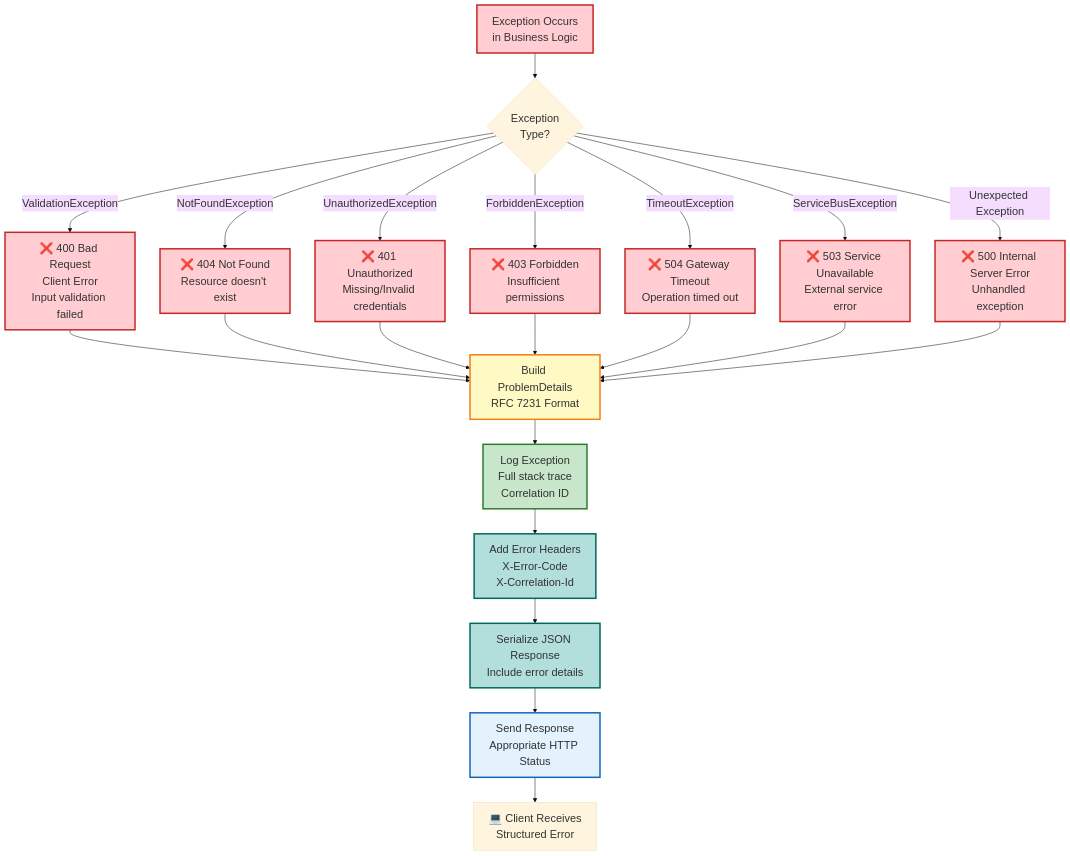
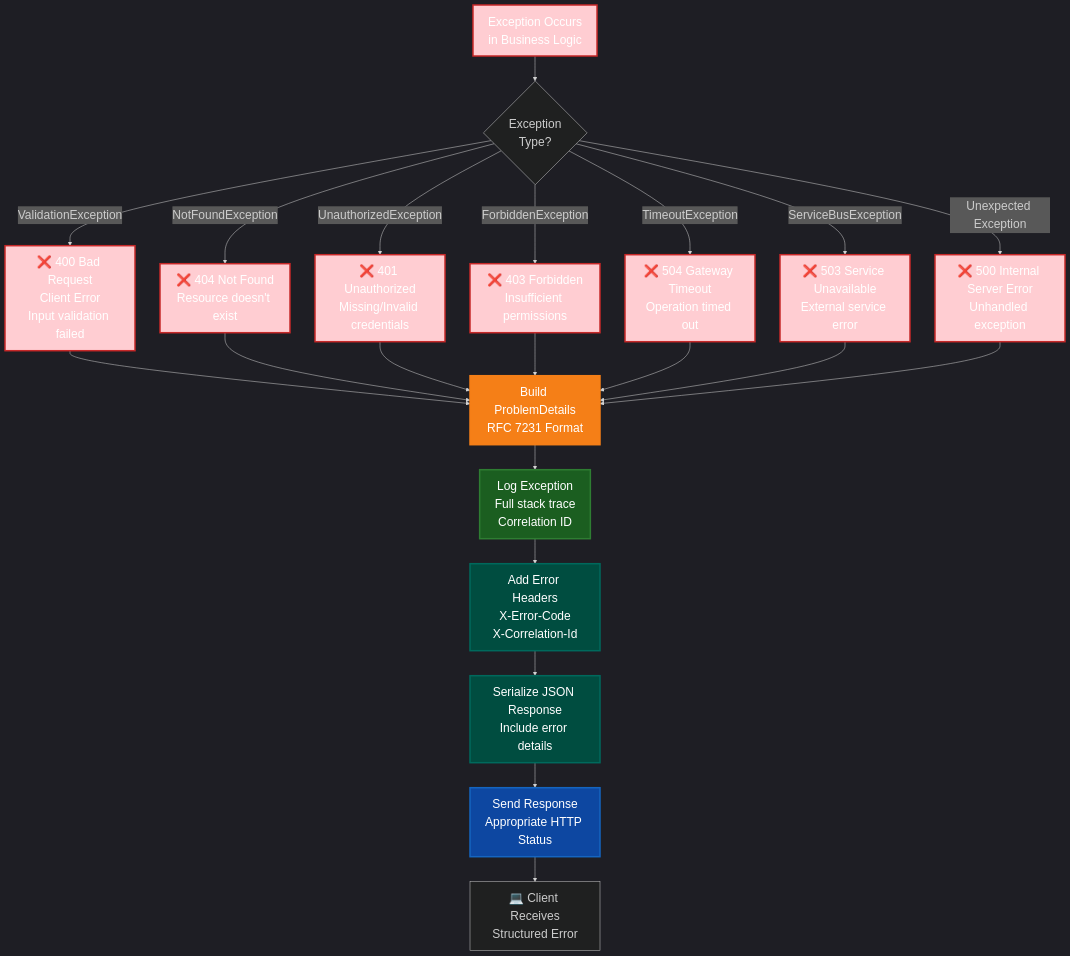
Before and after one commit to debdevops/servicehub: the ninth of 12 diagrams in services/api/ARCHITECTURE.md, drawn with Mermaid. The commit also changed other lines of this file, not shown here.

Commit message:
Update Text and foreground color

````diff
--- a/services/api/ARCHITECTURE.md
+++ b/services/api/ARCHITECTURE.md
@@ -509,41 +530,41 @@
 ```mermaid
-%%{init: {'theme':'base', 'themeVariables': { 'fontSize':'22px'}}}%%
+%%{init: {'theme':'dark', 'themeVariables': { 'fontSize':'24px', 'primaryTextColor':'#ffffff'}}}%%
 graph TD
     A["Exception Occurs<br/>in Business Logic"] --> B{Exception<br/>Type?}
     
     B -->|ValidationException| C["❌ 400 Bad Request<br/>Client Error<br/>Input validation failed"]
     B -->|NotFoundException| D["❌ 404 Not Found<br/>Resource doesn't exist"]
     B -->|UnauthorizedException| E["❌ 401 Unauthorized<br/>Missing/Invalid credentials"]
     B -->|ForbiddenException| F["❌ 403 Forbidden<br/>Insufficient permissions"]
     B -->|TimeoutException| G["❌ 504 Gateway Timeout<br/>Operation timed out"]
     B -->|ServiceBusException| H["❌ 503 Service Unavailable<br/>External service error"]
     B -->|Unexpected Exception| I["❌ 500 Internal Server Error<br/>Unhandled exception"]
     
     C --> J["Build ProblemDetails<br/>RFC 7231 Format"]
     D --> J
     E --> J
     F --> J
     G --> J
     H --> J
     I --> J
     
     J --> K["Log Exception<br/>Full stack trace<br/>Correlation ID"]
     K --> L["Add Error Headers<br/>X-Error-Code<br/>X-Correlation-Id"]
     L --> M["Serialize JSON Response<br/>Include error details"]
     M --> N["Send Response<br/>Appropriate HTTP Status"]
     N --> O["💻 Client Receives<br/>Structured Error"]
 
-    style A fill:#ffcdd2,stroke:#c62828,stroke-width:3px
-    style C fill:#ffcdd2,stroke:#c62828,stroke-width:3px
-    style D fill:#ffcdd2,stroke:#c62828,stroke-width:3px
-    style E fill:#ffcdd2,stroke:#c62828,stroke-width:3px
-    style F fill:#ffcdd2,stroke:#c62828,stroke-width:3px
-    style G fill:#ffcdd2,stroke:#c62828,stroke-width:3px
-    style H fill:#ffcdd2,stroke:#c62828,stroke-width:3px
-    style I fill:#ffcdd2,stroke:#c62828,stroke-width:3px
-    style J fill:#fff9c4,stroke:#f57f17,stroke-width:3px
-    style K fill:#c8e6c9,stroke:#2e7d32,stroke-width:3px
-    style L fill:#b2dfdb,stroke:#00695c,stroke-width:3px
-    style M fill:#b2dfdb,stroke:#00695c,stroke-width:3px
-    style N fill:#e3f2fd,stroke:#1565c0,stroke-width:3px
+    style A fill:#ffcdd2,stroke:#c62828,stroke-width:3px,color:#fff
+    style C fill:#ffcdd2,stroke:#c62828,stroke-width:3px,color:#fff
+    style D fill:#ffcdd2,stroke:#c62828,stroke-width:3px,color:#fff
+    style E fill:#ffcdd2,stroke:#c62828,stroke-width:3px,color:#fff
+    style F fill:#ffcdd2,stroke:#c62828,stroke-width:3px,color:#fff
+    style G fill:#ffcdd2,stroke:#c62828,stroke-width:3px,color:#fff
+    style H fill:#ffcdd2,stroke:#c62828,stroke-width:3px,color:#fff
+    style I fill:#ffcdd2,stroke:#c62828,stroke-width:3px,color:#fff
+    style J fill:#f57f17,stroke:#f57f17,stroke-width:3px,color:#fff
+    style K fill:#1b5e20,stroke:#2e7d32,stroke-width:3px,color:#fff
+    style L fill:#004d40,stroke:#00695c,stroke-width:3px,color:#fff
+    style M fill:#004d40,stroke:#00695c,stroke-width:3px,color:#fff
+    style N fill:#0d47a1,stroke:#1565c0,stroke-width:3px,color:#fff
 ```
````
